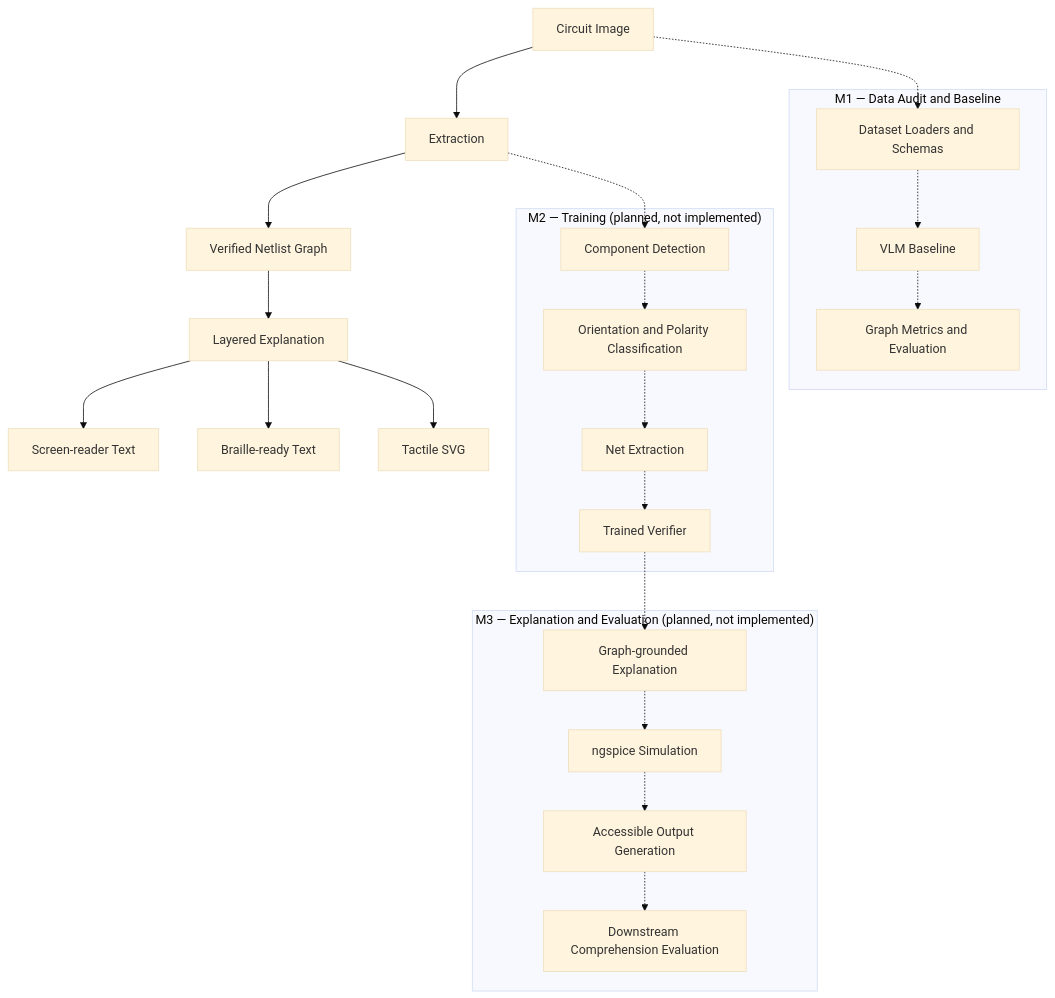
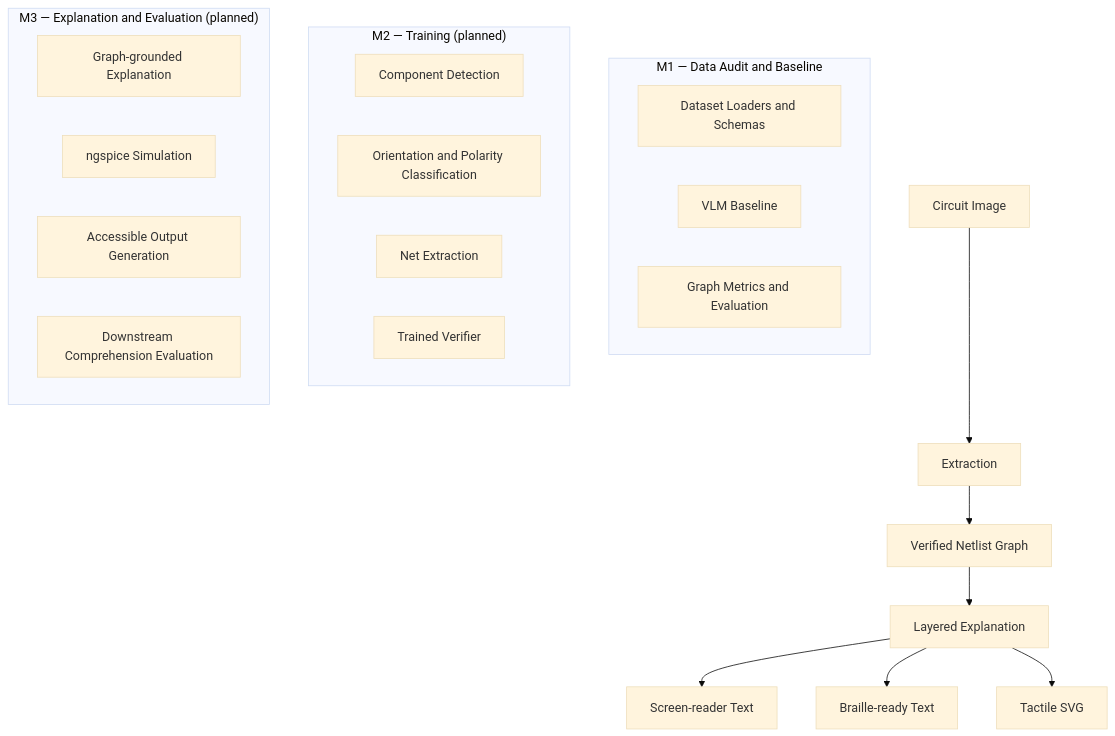
The diagram in README.md (niksi-nova/verified-circuit-access), drawn with Mermaid (base theme) before and after one commit. The commit also changed other lines of this file, not shown here.

````diff
--- a/README.md
+++ b/README.md
@@ -19,42 +19,30 @@
 ```mermaid
 flowchart TD
     A[Circuit Image] --> B[Extraction]
     B --> C[Verified Netlist Graph]
     C --> D[Layered Explanation]
 
     D --> E[Screen-reader Text]
     D --> F[Braille-ready Text]
     D --> G[Tactile SVG]
 
     subgraph M1["M1 — Data Audit and Baseline"]
         B1[Dataset Loaders and Schemas]
         B2[VLM Baseline]
         B3[Graph Metrics and Evaluation]
     end
 
-    subgraph M2["M2 — Training (planned, not implemented)"]
+    subgraph M2["M2 — Training (planned)"]
         H[Component Detection]
         I[Orientation and Polarity Classification]
         J[Net Extraction]
         K[Trained Verifier]
     end
 
-    subgraph M3["M3 — Explanation and Evaluation (planned, not implemented)"]
+    subgraph M3["M3 — Explanation and Evaluation (planned)"]
         L[Graph-grounded Explanation]
         M[ngspice Simulation]
         N[Accessible Output Generation]
         O[Downstream Comprehension Evaluation]
     end
-
-    A -.-> B1
-    B1 -.-> B2
-    B2 -.-> B3
-    B -.-> H
-    H -.-> I
-    I -.-> J
-    J -.-> K
-    K -.-> L
-    L -.-> M
-    M -.-> N
-    N -.-> O
 ```
````
